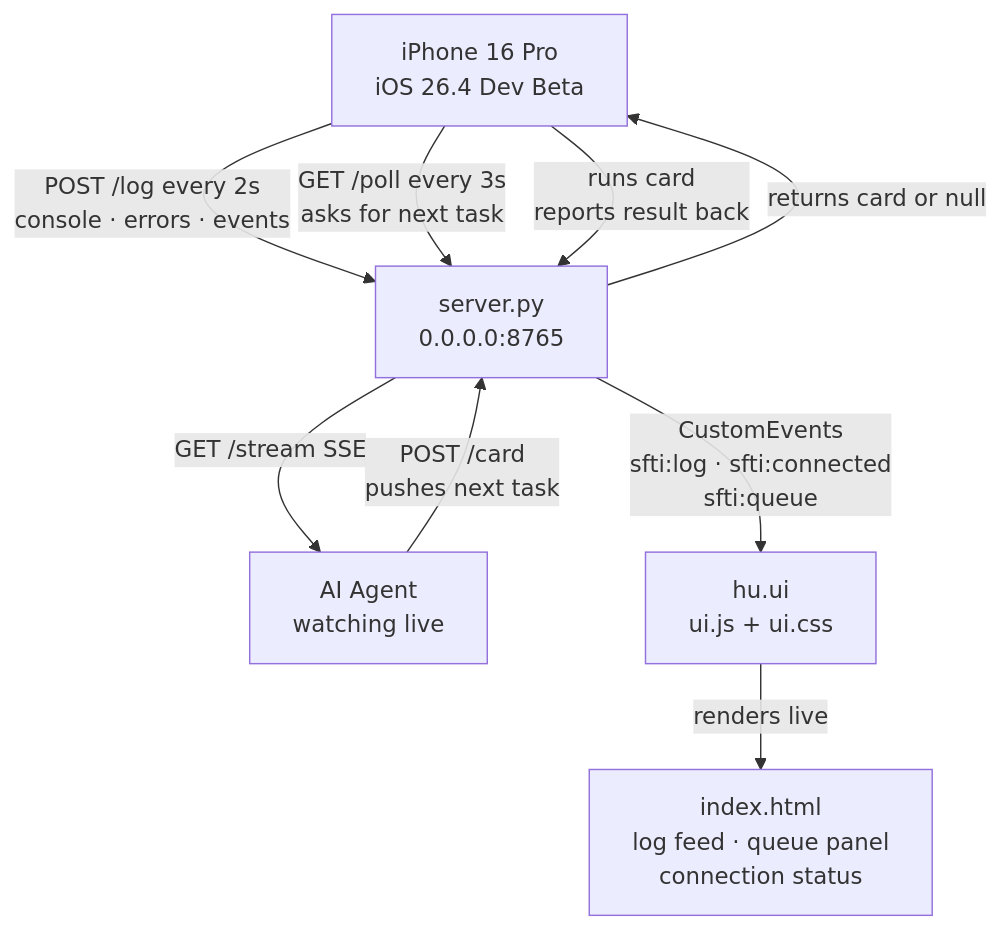
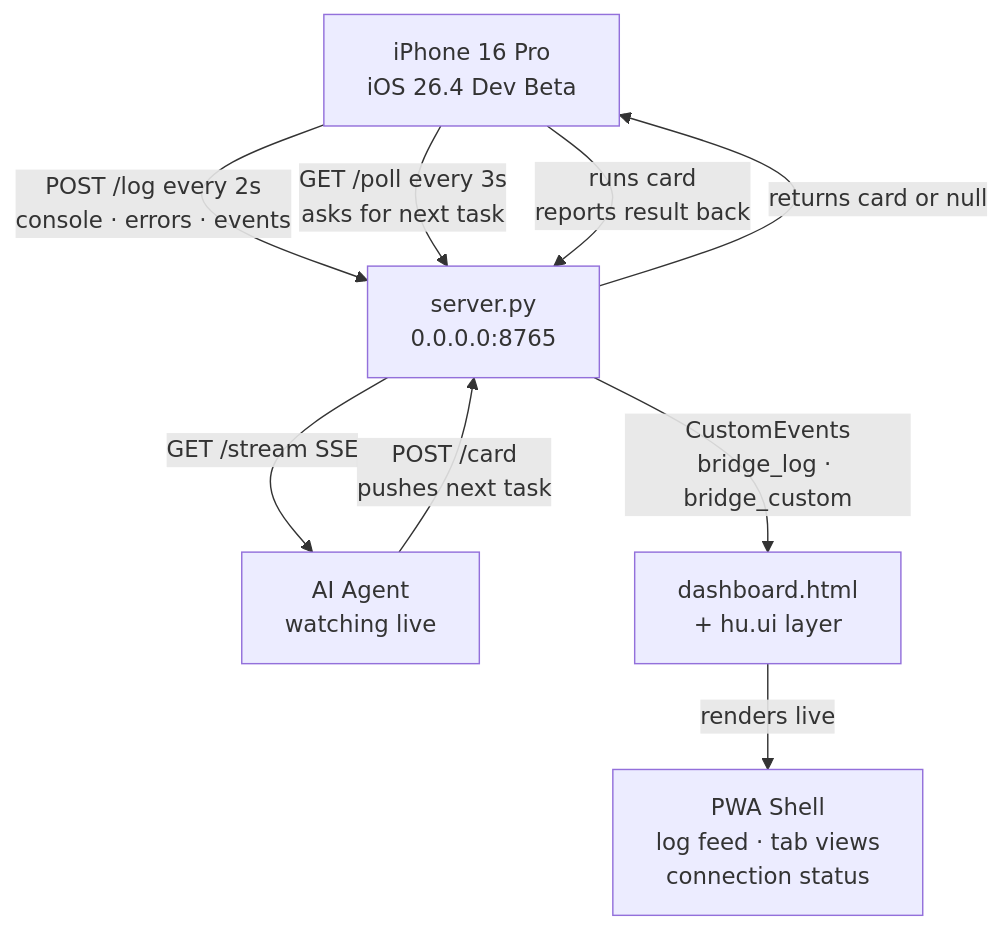
Before and after one commit to statikfintechllc/SFTi.dev-Bridge: the diagram in .github/instructions/anithravity.build.md, drawn with Mermaid. The commit also changed other lines of this file and 798 other files, not shown here.

````diff
--- a/.github/instructions/anithravity.build.md
+++ b/.github/instructions/anithravity.build.md
@@ -44,11 +70,11 @@
 ```mermaid
 flowchart TD
     A[iPhone 16 Pro\niOS 26.4 Dev Beta] -->|POST /log every 2s\nconsole · errors · events| B[server.py\n0.0.0.0:8765]
     A -->|GET /poll every 3s\nasks for next task| B
     B -->|returns card or null| A
     A -->|runs card\nreports result back| B
     B -->|GET /stream SSE| C[AI Agent\nwatching live]
     C -->|POST /card\npushes next task| B
-    B -->|CustomEvents\nsfti:log · sfti:connected\nsfti:queue| D[hu.ui\nui.js + ui.css]
-    D -->|renders live| E[index.html\nlog feed · queue panel\nconnection status]
+    B -->|CustomEvents\nbridge_log · bridge_custom| D[dashboard.html\n+ hu.ui layer]
+    D -->|renders live| E[PWA Shell\nlog feed · tab views\nconnection status]
 ```
````
